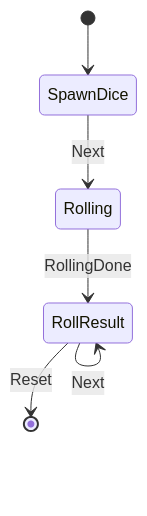
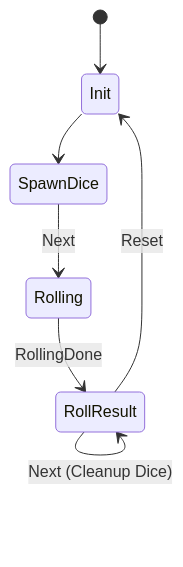
Before and after one commit to IanNaughton/silver-journey: the diagram in docs/game-systems/core-game/dice-manager.md, drawn with Mermaid. The commit also changed 1 other file, not shown here.

Commit message:
More cleanup--yikes!

````diff
--- a/docs/game-systems/core-game/dice-manager.md
+++ b/docs/game-systems/core-game/dice-manager.md
@@ -13,8 +13,9 @@
 ```mermaid
   stateDiagram-v2
-    [*] --> SpawnDice
+    [*] --> Init
+    Init --> SpawnDice
     SpawnDice --> Rolling: Next
     Rolling --> RollResult: RollingDone
-    RollResult --> RollResult: Next
-    RollResult --> [*]: Reset
+    RollResult --> RollResult: Next (Cleanup Dice)
+    RollResult --> Init: Reset
 ```
````
